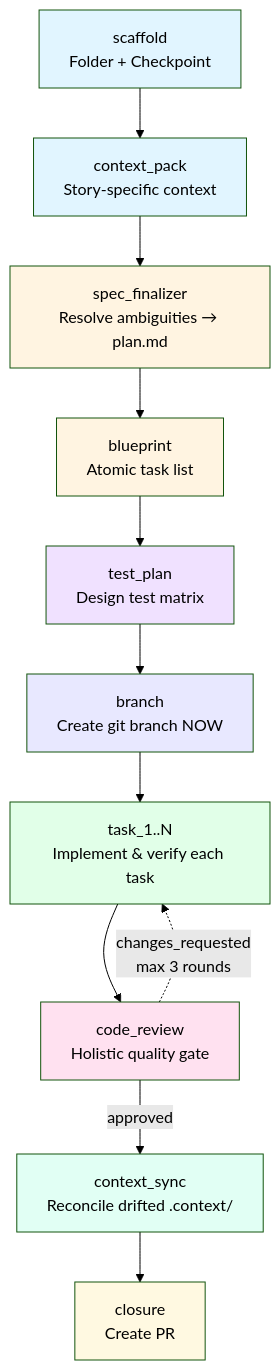
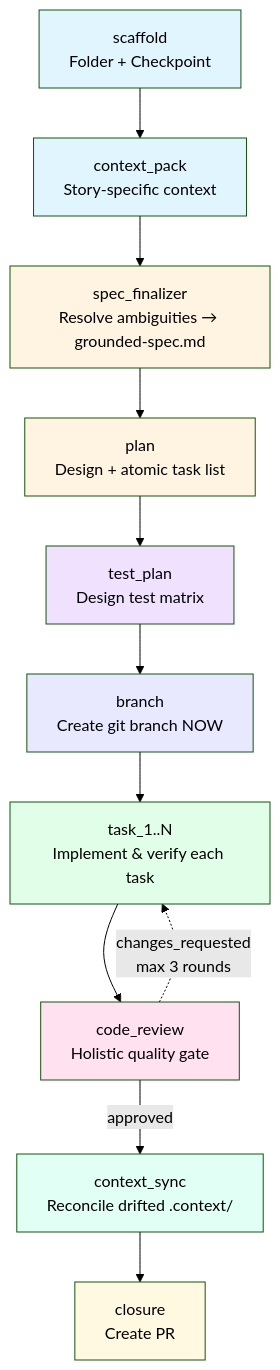
The diagram in plugins/arcus/skills/arcus-guide/assets/pipeline-explained.md (piyushbhargava1412/arcus-plugin), drawn with Mermaid (forest theme) before and after one commit. The commit also changed other lines of this file and 38 other files, not shown here.

First line of the commit message:
refactor(ARC-0006): split shared plan.md into single-owner grounded-spec.md + plan.md

````diff
--- a/plugins/arcus/skills/arcus-guide/assets/pipeline-explained.md
+++ b/plugins/arcus/skills/arcus-guide/assets/pipeline-explained.md
@@ -16,24 +16,24 @@
 ```mermaid
 graph TD
     Scaffold[scaffold<br/>Folder + Checkpoint] --> ContextPack[context_pack<br/>Story-specific context]
-    ContextPack --> SpecFinalizer[spec_finalizer<br/>Resolve ambiguities → plan.md]
-    SpecFinalizer --> Blueprint[blueprint<br/>Atomic task list]
-    Blueprint --> TestPlan[test_plan<br/>Design test matrix]
+    ContextPack --> SpecFinalizer[spec_finalizer<br/>Resolve ambiguities → grounded-spec.md]
+    SpecFinalizer --> Plan[plan<br/>Design + atomic task list]
+    Plan --> TestPlan[test_plan<br/>Design test matrix]
     TestPlan --> Branch[branch<br/>Create git branch NOW]
     Branch --> Tasks[task_1..N<br/>Implement & verify each task]
     Tasks --> CodeReview[code_review<br/>Holistic quality gate]
     CodeReview -->|approved| ContextSync[context_sync<br/>Reconcile drifted .context/]
     ContextSync --> Closure[closure<br/>Create PR]
     CodeReview -.->|changes_requested<br/>max 3 rounds| Tasks
 
     style Scaffold fill:#e1f5ff
     style ContextPack fill:#e1f5ff
     style SpecFinalizer fill:#fff4e1
-    style Blueprint fill:#fff4e1
+    style Plan fill:#fff4e1
     style TestPlan fill:#f0e1ff
     style Branch fill:#e8e8ff
     style Tasks fill:#e1ffe8
     style CodeReview fill:#ffe1f0
     style ContextSync fill:#e1fff4
     style Closure fill:#fff9e1
 ```
````
